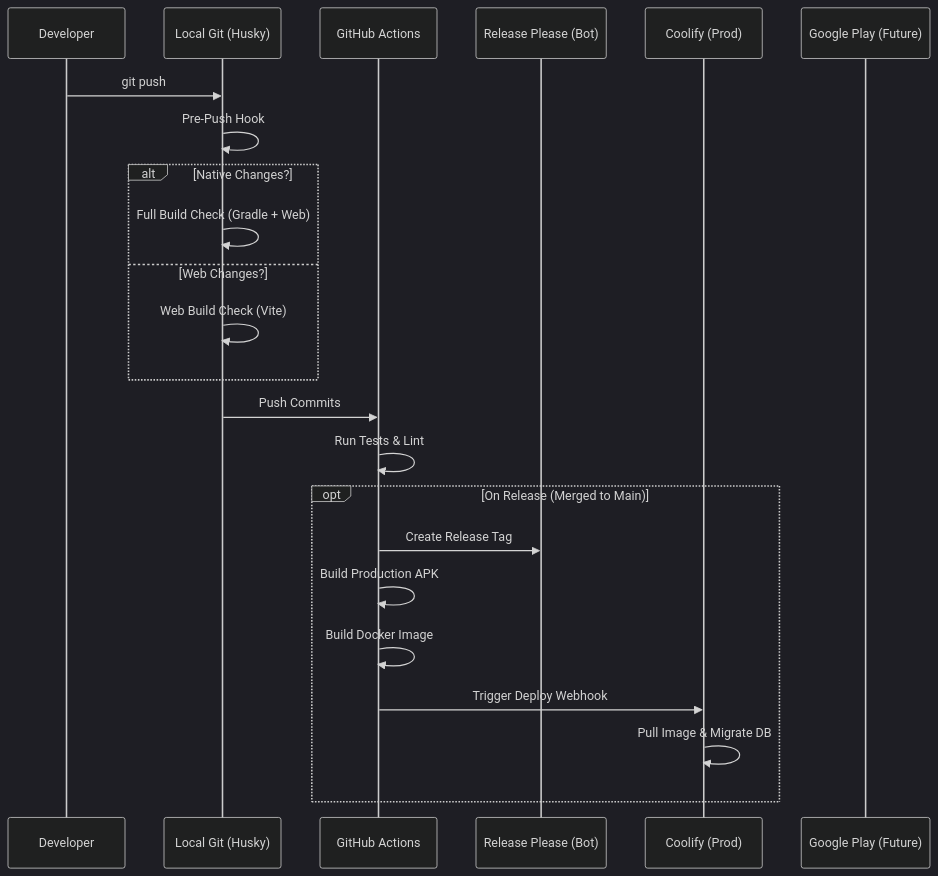
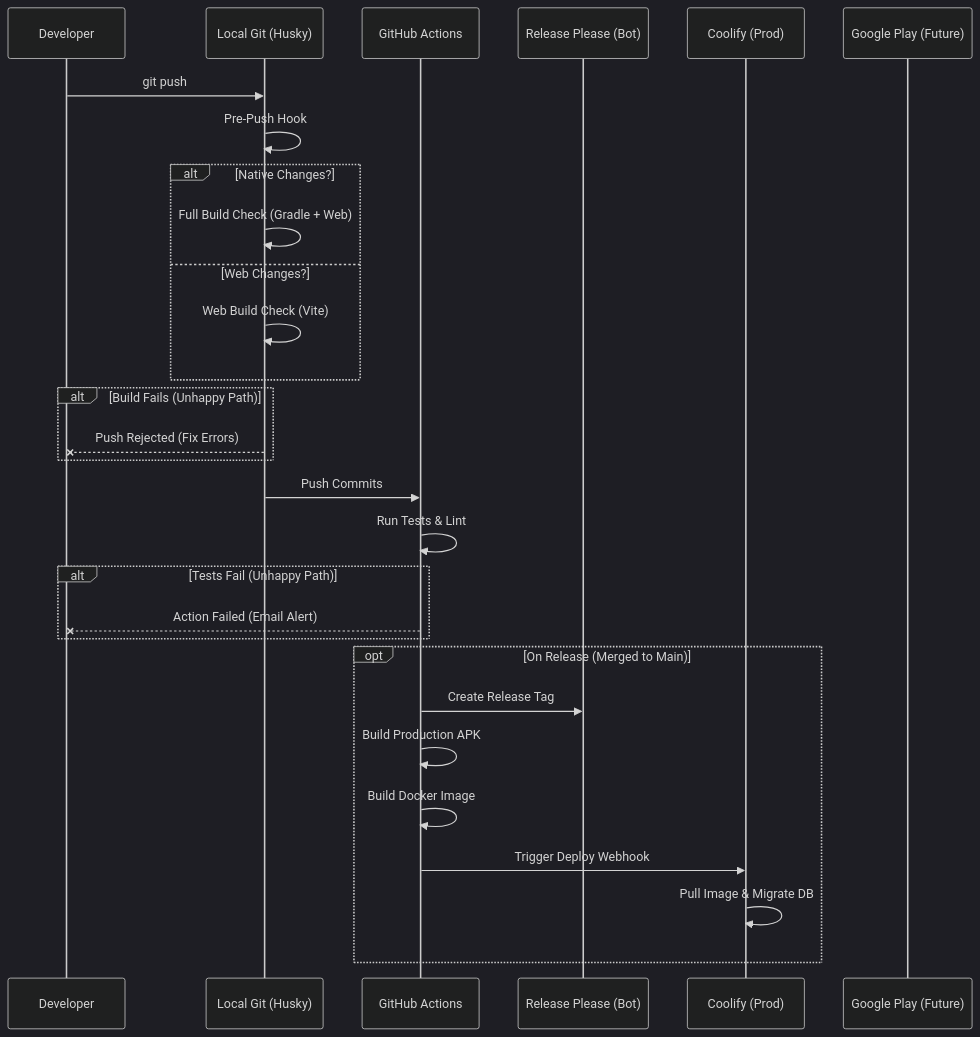
The fifth of 5 diagrams in docs/WORKFLOW_AND_DEBUGGING.md (ihkaru/cerdas), drawn with Mermaid (dark theme) before and after one commit. The commit also changed other lines of this file, not shown here.

Commit message:
docs: enhance workflow diagrams with happy/unhappy paths

````diff
--- a/docs/WORKFLOW_AND_DEBUGGING.md
+++ b/docs/WORKFLOW_AND_DEBUGGING.md
@@ -97,29 +177,37 @@
 ```mermaid
 sequenceDiagram
     participant Dev as Developer
     participant Git as Local Git (Husky)
     participant GH as GitHub Actions
     participant Release as Release Please (Bot)
     participant Coolify as Coolify (Prod)
     participant Play as Google Play (Future)
 
     Dev->>Git: git push
     Git->>Git: Pre-Push Hook
     
     alt Native Changes?
         Git->>Git: Full Build Check (Gradle + Web)
     else Web Changes?
         Git->>Git: Web Build Check (Vite)
     end
+    
+    alt Build Fails (Unhappy Path)
+        Git--xDev: Push Rejected (Fix Errors)
+    end
 
     Git->>GH: Push Commits
     GH->>GH: Run Tests & Lint
+
+    alt Tests Fail (Unhappy Path)
+        GH--xDev: Action Failed (Email Alert)
+    end
 
     opt On Release (Merged to Main)
         GH->>Release: Create Release Tag
         GH->>GH: Build Production APK
         GH->>GH: Build Docker Image
         GH->>Coolify: Trigger Deploy Webhook
         Coolify->>Coolify: Pull Image & Migrate DB
     end
 ```
````
